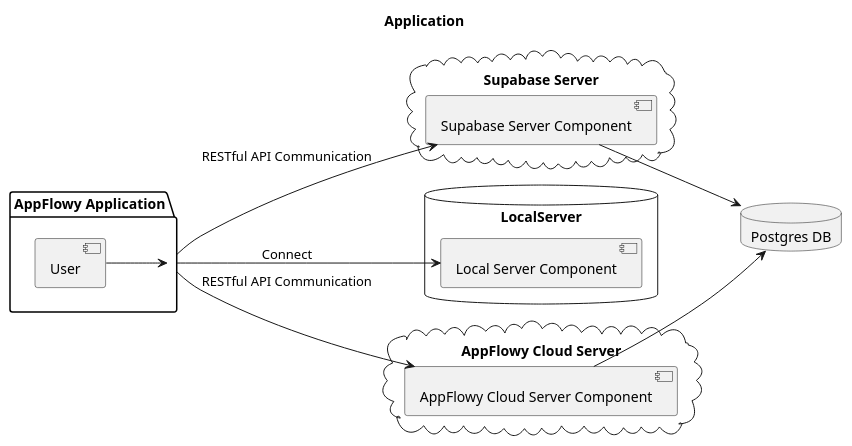
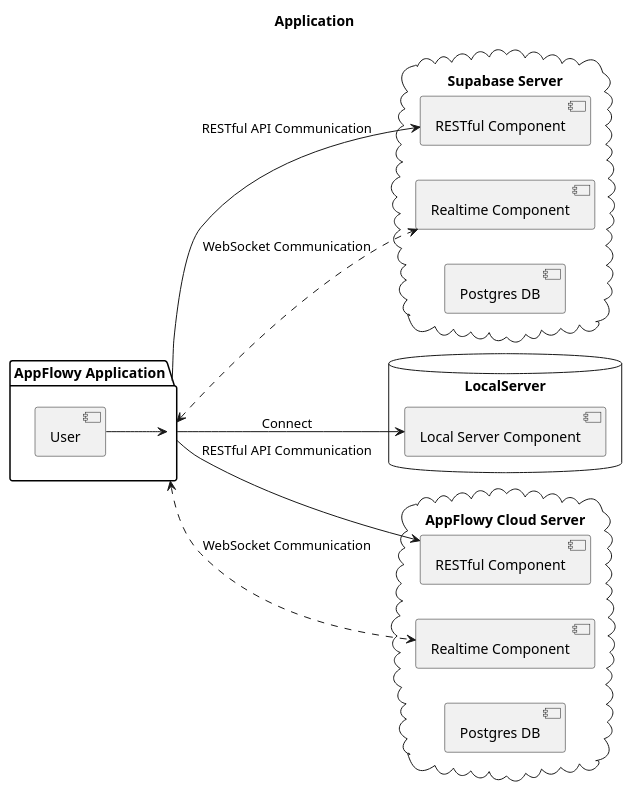
Before and after one commit to AppFlowy-IO/AppFlowy: the first of 2 diagrams in frontend/rust-lib/flowy-server/docs/architecture.plantuml, drawn with PlantUML. The commit also changed 12 other files, not shown here.

```diff
--- a/frontend/rust-lib/flowy-server/docs/architecture.plantuml
+++ b/frontend/rust-lib/flowy-server/docs/architecture.plantuml
@@ -1,34 +1,34 @@
 @startuml
 title "Application"
 left to right direction
 package "AppFlowy Application" {
   [User]
 }
 
 cloud "Supabase Server" {
-  [Supabase Server Component]
+  [RESTful Component]
+  [Realtime Component]
+  [Postgres DB]
 }
 
 database "LocalServer" {
   [Local Server Component]
 }
 
-database "Postgres DB" {
-}
 
 cloud "AppFlowy Cloud Server" {
-  [AppFlowy Cloud Server Component]
+  [RESTful Component] as [AppFlowy RESTful Component]
+  [Realtime Component] as [AppFlowy Realtime Component]
+  [Postgres DB] as [AppFlowy Postgres DB]
 }
 
 User --> [AppFlowy Application]
-
 [AppFlowy Application] --> [Local Server Component] : Connect
 
-[AppFlowy Application] --> [Supabase Server Component] : RESTful API Communication
+[AppFlowy Application] --> [RESTful Component] : RESTful API Communication
+[AppFlowy Application] <..> [Realtime Component] : WebSocket Communication
 
-[AppFlowy Application] --> [AppFlowy Cloud Server Component] : RESTful API Communication
-
-[Supabase Server Component] --> [Postgres DB]
-[AppFlowy Cloud Server Component] --> [Postgres DB]
+[AppFlowy Application] --> [AppFlowy RESTful Component] : RESTful API Communication
+[AppFlowy Application] <..> [AppFlowy Realtime Component] : WebSocket Communication
 
 @enduml
```
